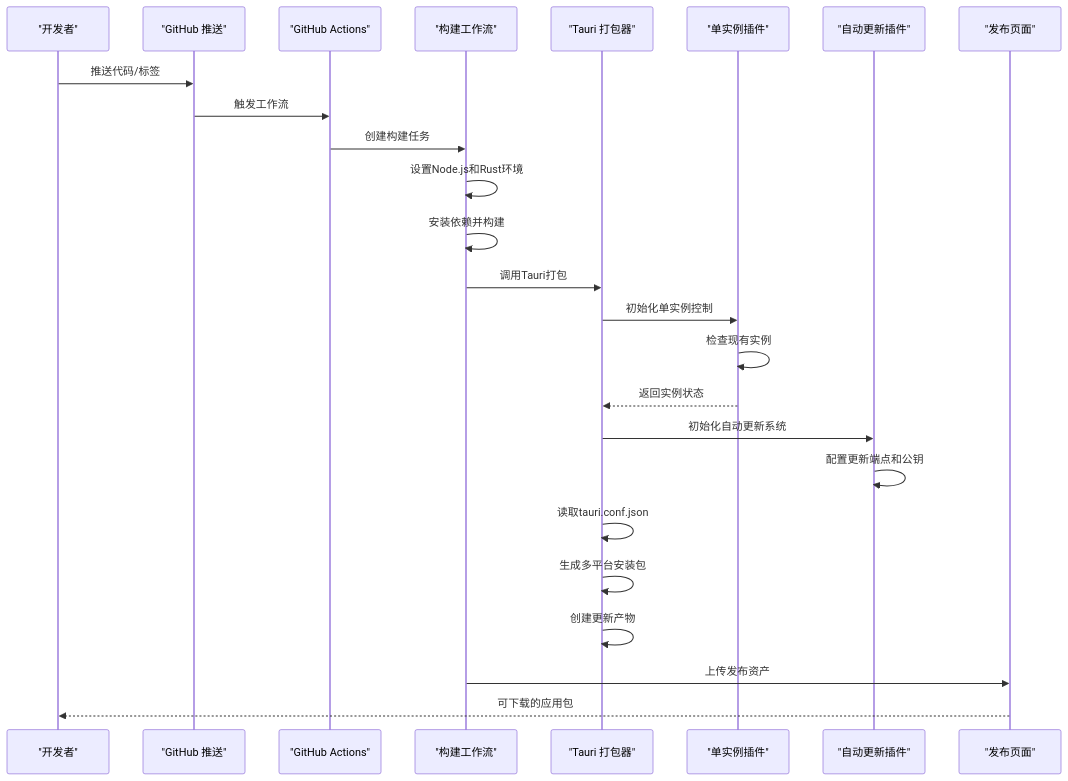
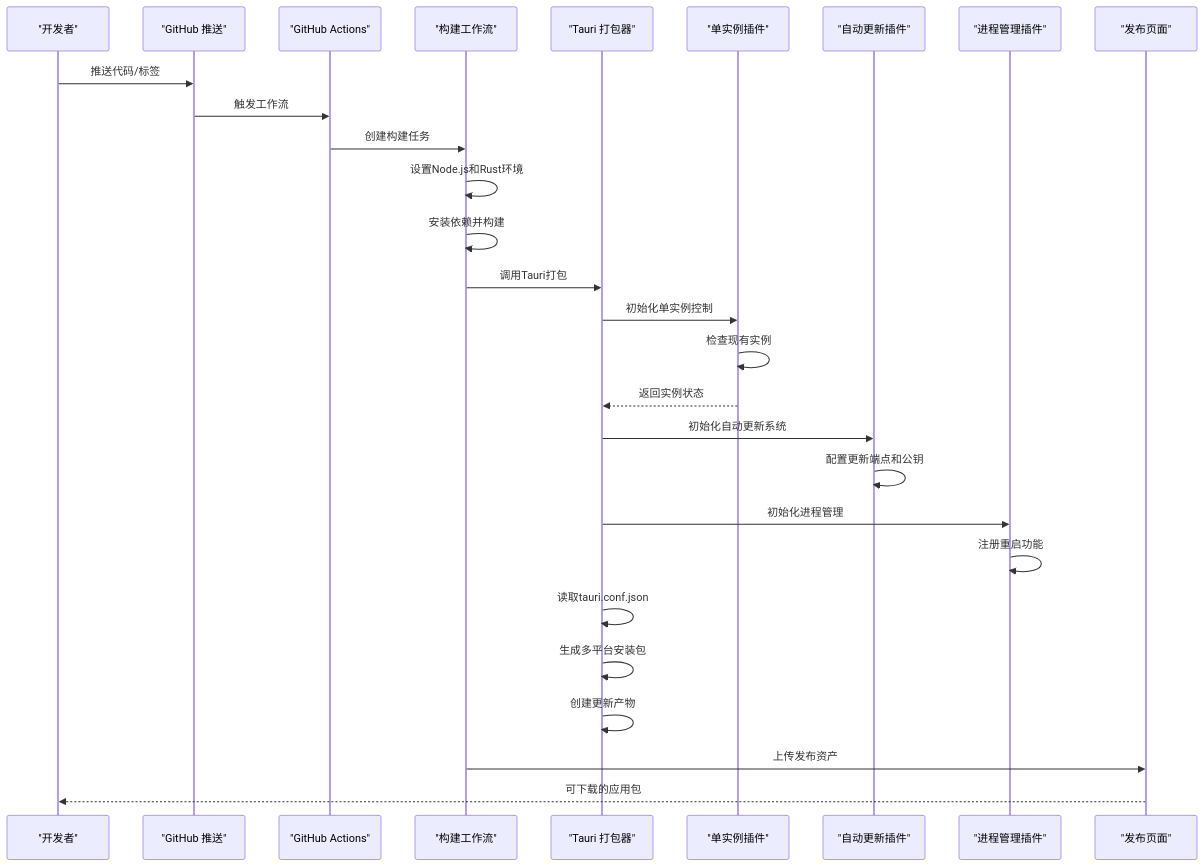
One commit to xdongliang/IPSwitcher changed the second of 3 diagrams in .qoder/repowiki/zh/content/部署指南.md. Above: the diagram before and after it, drawn with Mermaid. The commit also changed other lines of this file and 3 other files, not shown here.

````diff
--- a/.qoder/repowiki/zh/content/部署指南.md
+++ b/.qoder/repowiki/zh/content/部署指南.md
@@ -148,27 +155,30 @@
 ```mermaid
 sequenceDiagram
 participant Dev as "开发者"
 participant GitHub as "GitHub 推送"
 participant Actions as "GitHub Actions"
 participant Workflow as "构建工作流"
 participant Tauri as "Tauri 打包器"
 participant SingleInstance as "单实例插件"
 participant Updater as "自动更新插件"
+participant ProcessMgr as "进程管理插件"
 participant Release as "发布页面"
 Dev->>GitHub : 推送代码/标签
 GitHub->>Actions : 触发工作流
 Actions->>Workflow : 创建构建任务
 Workflow->>Workflow : 设置Node.js和Rust环境
 Workflow->>Workflow : 安装依赖并构建
 Workflow->>Tauri : 调用Tauri打包
 Tauri->>SingleInstance : 初始化单实例控制
 SingleInstance->>SingleInstance : 检查现有实例
 SingleInstance-->>Tauri : 返回实例状态
 Tauri->>Updater : 初始化自动更新系统
 Updater->>Updater : 配置更新端点和公钥
+Tauri->>ProcessMgr : 初始化进程管理
+ProcessMgr->>ProcessMgr : 注册重启功能
 Tauri->>Tauri : 读取tauri.conf.json
 Tauri->>Tauri : 生成多平台安装包
 Tauri->>Tauri : 创建更新产物
 Workflow->>Release : 上传发布资产
 Release-->>Dev : 可下载的应用包
 ```
````
